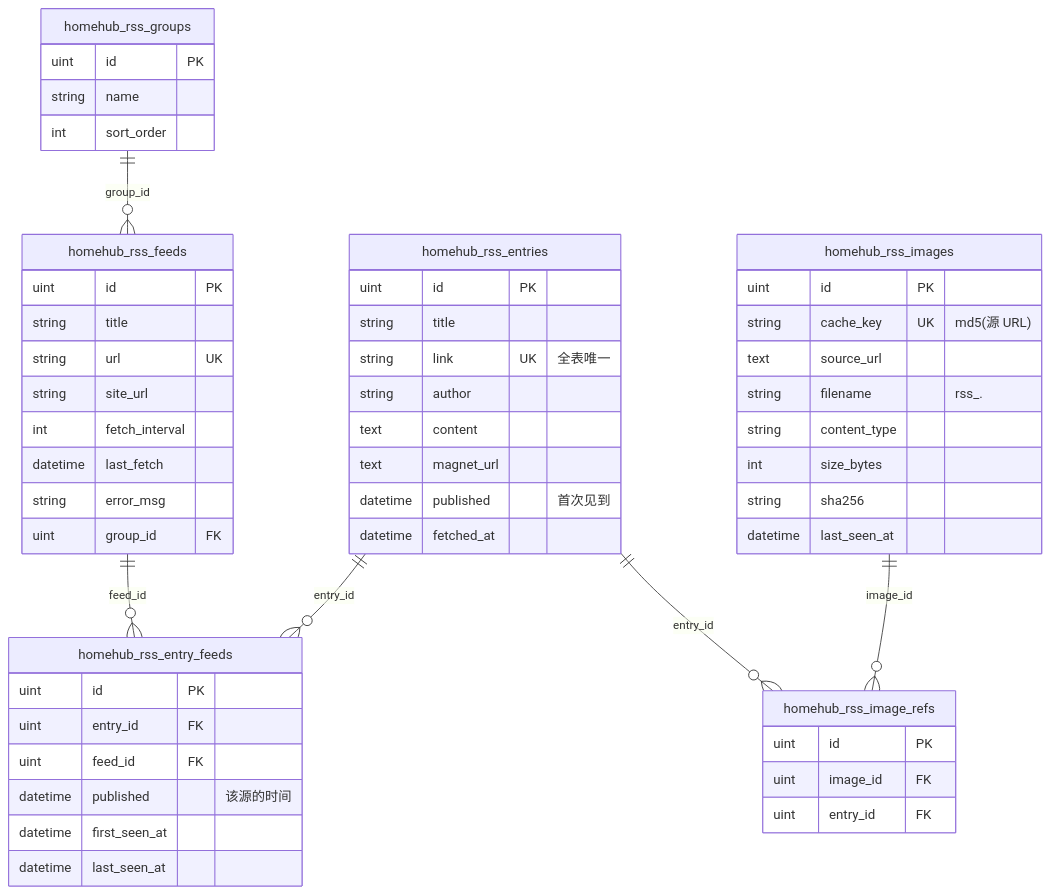
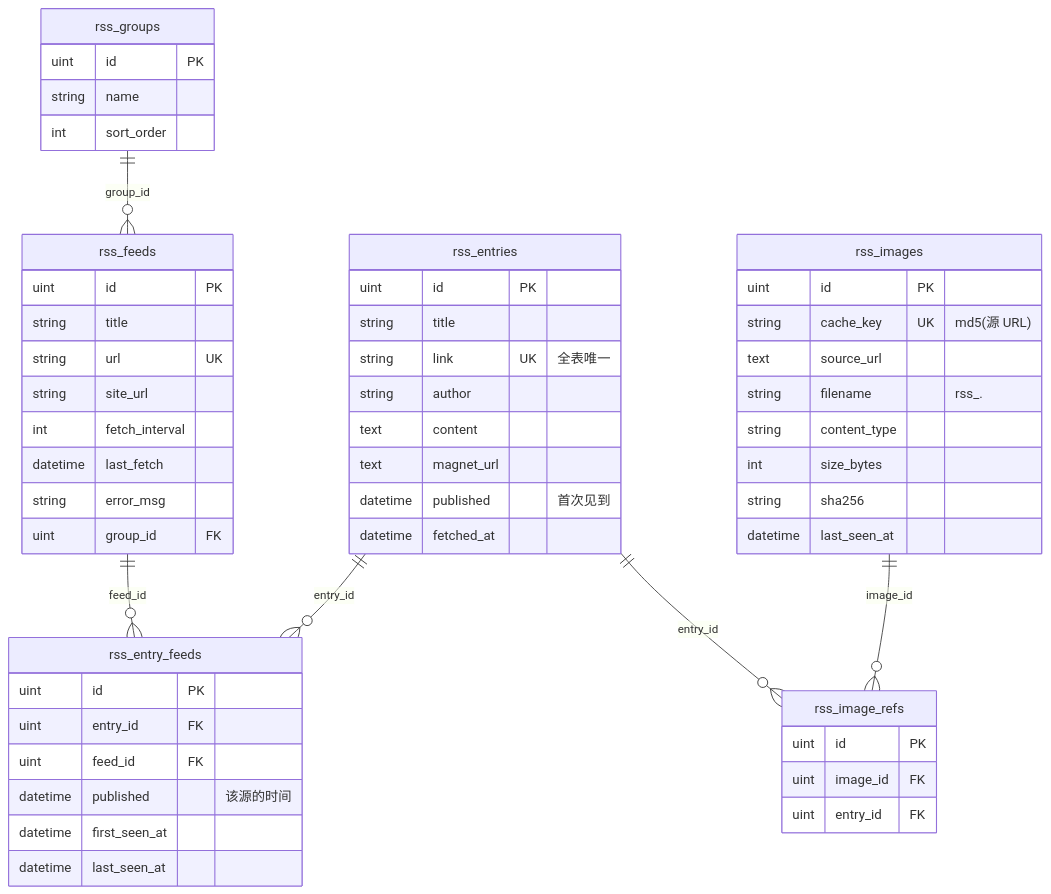
One commit to ignvex/Homehub changed the second of 3 diagrams in docs/rss-architecture.md. Above: the diagram before and after it, drawn with Mermaid. The commit also changed other lines of this file and 71 other files, not shown here.

````diff
--- a/docs/rss-architecture.md
+++ b/docs/rss-architecture.md
@@ -121,57 +121,57 @@
 ```mermaid
 erDiagram
-    homehub_rss_groups ||--o{ homehub_rss_feeds : "group_id"
-    homehub_rss_feeds ||--o{ homehub_rss_entry_feeds : "feed_id"
-    homehub_rss_entries ||--o{ homehub_rss_entry_feeds : "entry_id"
-    homehub_rss_images ||--o{ homehub_rss_image_refs : "image_id"
-    homehub_rss_entries ||--o{ homehub_rss_image_refs : "entry_id"
+    rss_groups ||--o{ rss_feeds : "group_id"
+    rss_feeds ||--o{ rss_entry_feeds : "feed_id"
+    rss_entries ||--o{ rss_entry_feeds : "entry_id"
+    rss_images ||--o{ rss_image_refs : "image_id"
+    rss_entries ||--o{ rss_image_refs : "entry_id"
 
-    homehub_rss_groups {
+    rss_groups {
         uint id PK
         string name
         int sort_order
     }
-    homehub_rss_feeds {
+    rss_feeds {
         uint id PK
         string title
         string url UK
         string site_url
         int fetch_interval
         datetime last_fetch
         string error_msg
         uint group_id FK
     }
-    homehub_rss_entries {
+    rss_entries {
         uint id PK
         string title
         string link UK "全表唯一"
         string author
         text content
         text magnet_url
         datetime published "首次见到"
         datetime fetched_at
     }
-    homehub_rss_entry_feeds {
+    rss_entry_feeds {
         uint id PK
         uint entry_id FK
         uint feed_id FK
         datetime published "该源的时间"
         datetime first_seen_at
         datetime last_seen_at
     }
-    homehub_rss_images {
+    rss_images {
         uint id PK
         string cache_key UK "md5(源 URL)"
         text source_url
         string filename "rss_<key>.<ext>"
         string content_type
         int size_bytes
         string sha256
         datetime last_seen_at
     }
-    homehub_rss_image_refs {
+    rss_image_refs {
         uint id PK
         uint image_id FK
         uint entry_id FK
     }
 ```
````
